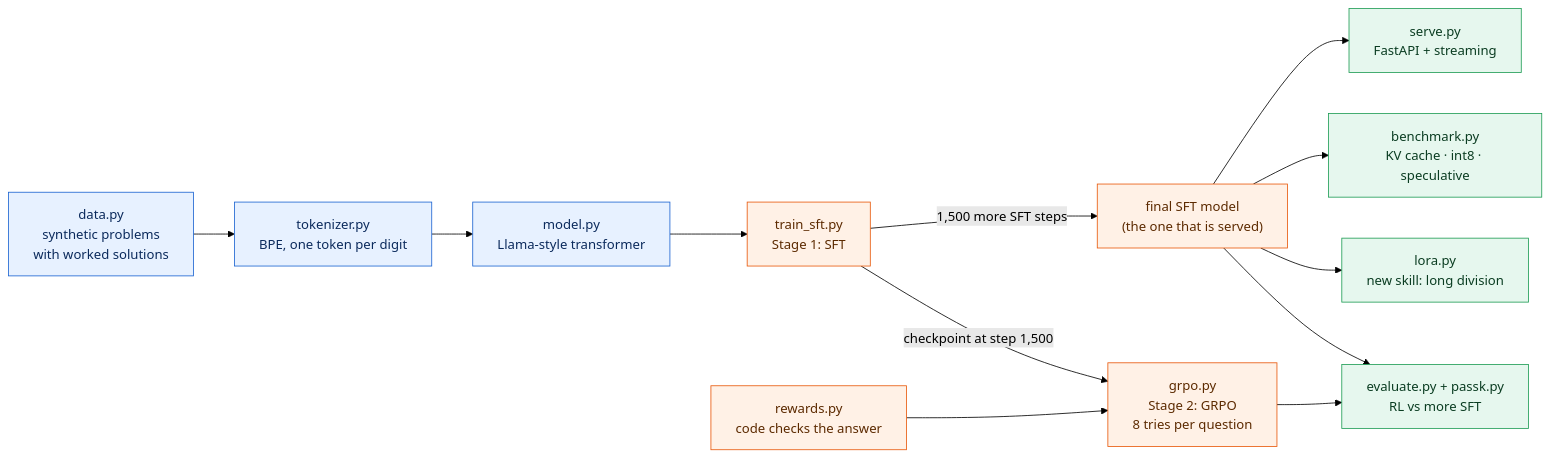
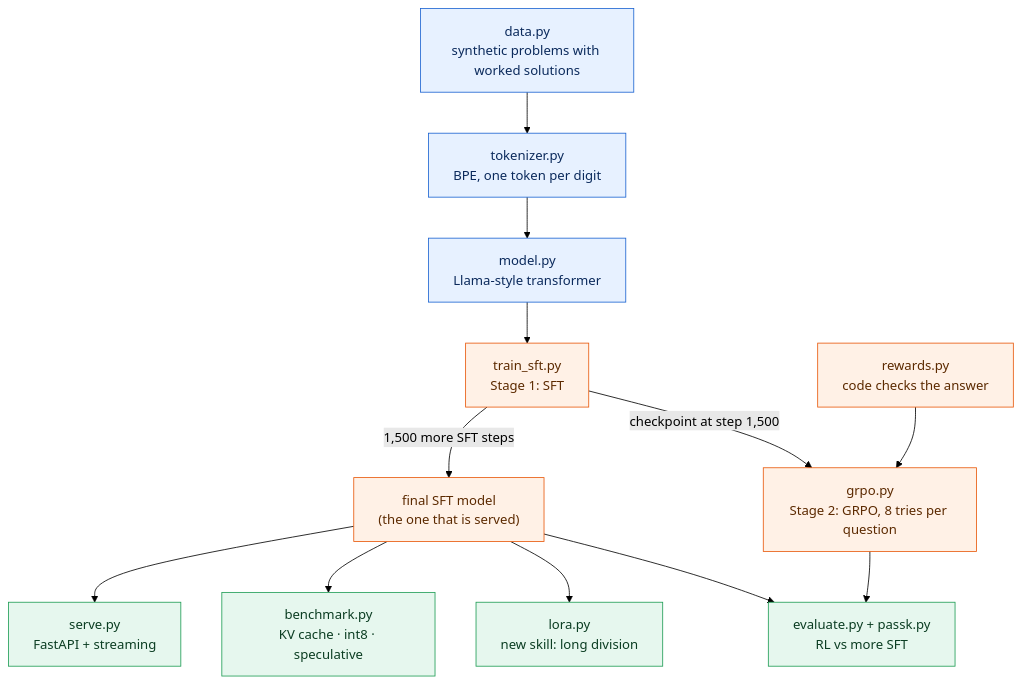
One commit to RishitheB0T/tiny-reasoner changed the first of 5 diagrams in README.md. Above: the diagram before and after it, drawn with Mermaid (forest theme). The commit also changed other lines of this file, not shown here.

First line of the commit message:
Fix README formulas and diagram layout on GitHub

````diff
--- a/README.md
+++ b/README.md
@@ -264,21 +264,21 @@
 ```mermaid
-flowchart LR
-    data["data.py<br/>synthetic problems<br/>with worked solutions"] --> tok["tokenizer.py<br/>BPE, one token per digit"]
+flowchart TB
+    data["data.py<br/>synthetic problems with worked solutions"] --> tok["tokenizer.py<br/>BPE, one token per digit"]
     tok --> model["model.py<br/>Llama-style transformer"]
     model --> sft["train_sft.py<br/>Stage 1: SFT"]
-    sft -- "checkpoint at step 1,500" --> grpo["grpo.py<br/>Stage 2: GRPO<br/>8 tries per question"]
+    sft -- "checkpoint at step 1,500" --> grpo["grpo.py<br/>Stage 2: GRPO, 8 tries per question"]
     rewards["rewards.py<br/>code checks the answer"] --> grpo
     sft -- "1,500 more SFT steps" --> final["final SFT model<br/>(the one that is served)"]
     grpo --> compare["evaluate.py + passk.py<br/>RL vs more SFT"]
     final --> compare
     final --> lora["lora.py<br/>new skill: long division"]
     final --> bench["benchmark.py<br/>KV cache · int8 · speculative"]
     final --> serve["serve.py<br/>FastAPI + streaming"]
 
     classDef core fill:#e7f1ff,stroke:#1c64d1,color:#0b2a5c
     classDef train fill:#fff1e6,stroke:#e8590c,color:#5c2a00
     classDef extra fill:#e6f7ee,stroke:#1f9d55,color:#0b3d22
     class data,tok,model core
     class sft,grpo,rewards,final train
     class compare,lora,bench,serve extra
 ```
````
